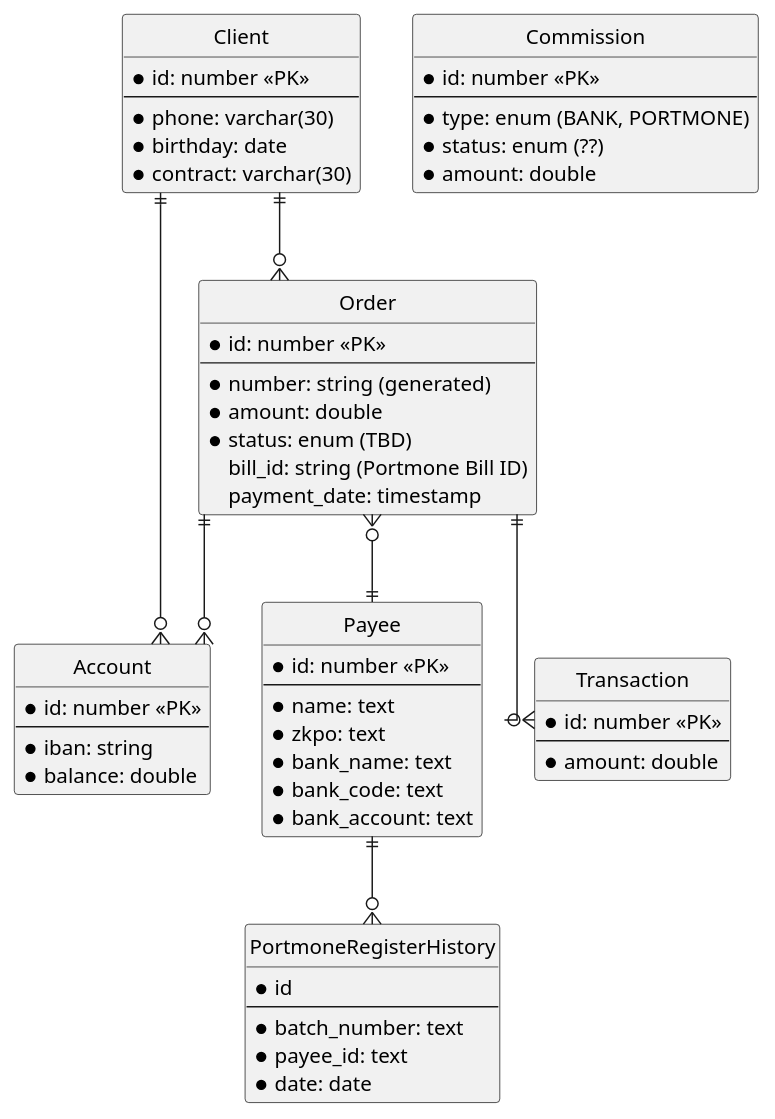
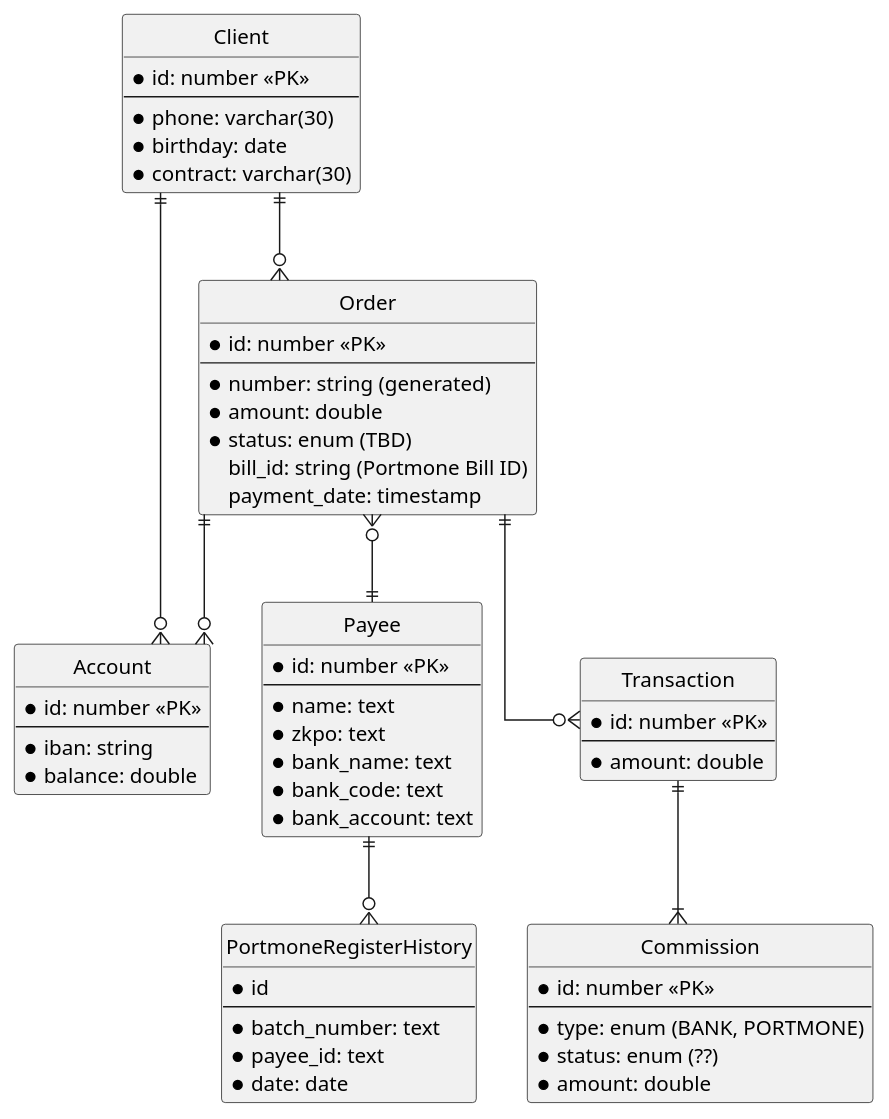
Before and after one commit to vvtomash/htbs: the diagram in fintech-portmone/diagrams/erd.puml, drawn with PlantUML.

```diff
--- a/fintech-portmone/diagrams/erd.puml
+++ b/fintech-portmone/diagrams/erd.puml
@@ -1,76 +1,77 @@
 @startuml
 'title "ERD for Portmone Integration"
 'skinparam dpi 130
 skinparam linetype ortho
 hide circle
 
 entity "Client" as client {
     *id: number <<PK>>
     --
     *phone: varchar(30)
     *birthday: date
     *contract: varchar(30)
 }
 
 entity "Account" as acc {
     *id: number <<PK>>
     --
     *iban: string
     *balance: double
 }
 
 entity "Order" as order {
     *id: number <<PK>>
     --
     *number: string (generated)
     *amount: double
     *status: enum (TBD)
     bill_id: string (Portmone Bill ID)
     payment_date: timestamp
 }
 
 entity "Payee" as payee {
     *id: number <<PK>>
     --
     *name: text
     *zkpo: text
     *bank_name: text
     *bank_code: text
     *bank_account: text
 }
 
 entity "Transaction" as trxn {
     *id: number <<PK>>
     --
     *amount: double
     '*status: enum (?)
     '*type: enum (PAYMENT, RETURN)
 }
 
 entity "Commission" as comm {
     *id: number <<PK>>
     --
     *type: enum (BANK, PORTMONE)
     *status: enum (??)
     *amount: double
 }
 
 entity "PortmoneRegisterHistory" as prh {
     *id
     --
     *batch_number: text
     *payee_id: text
     *date: date
 }
 
 client ||--o{ acc
 client ||--o{ order
 order ||--o{ acc
 order ||--o{ trxn
 order }o--|| payee
 payee ||--o{ prh
+trxn ||--|{ comm
 
 'order ||--o{ comm
 'order ||--o| port
 
 @enduml
```
